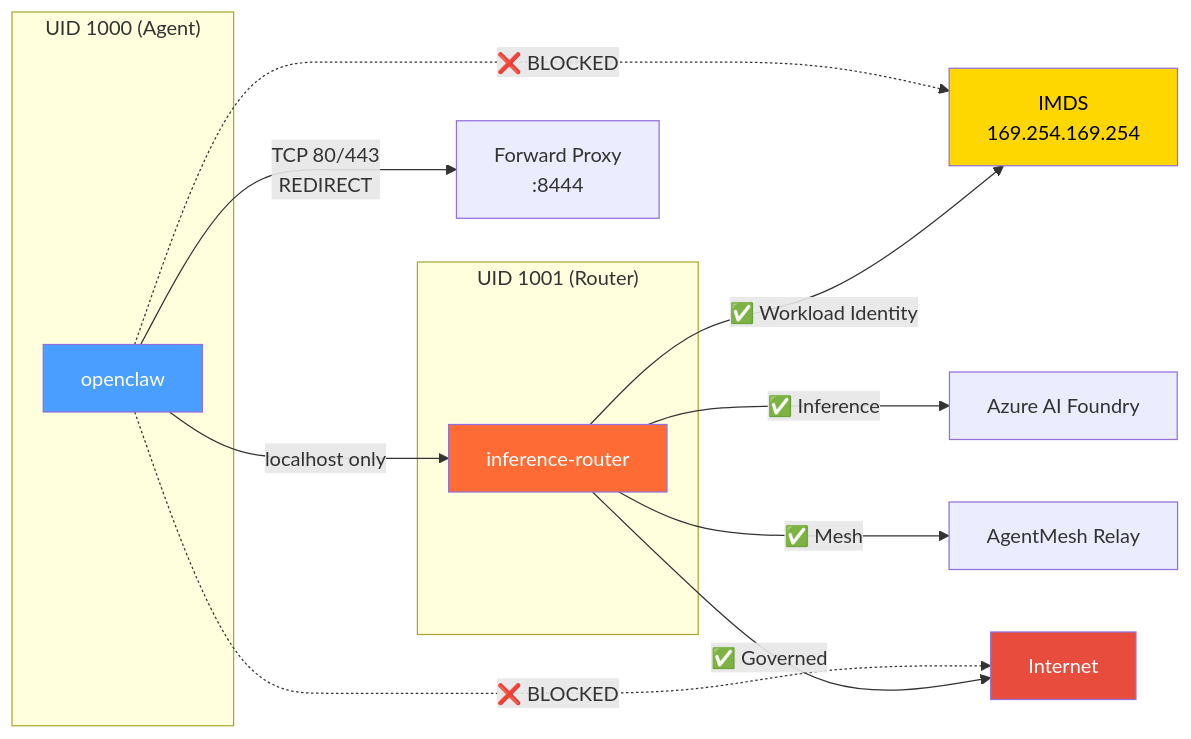
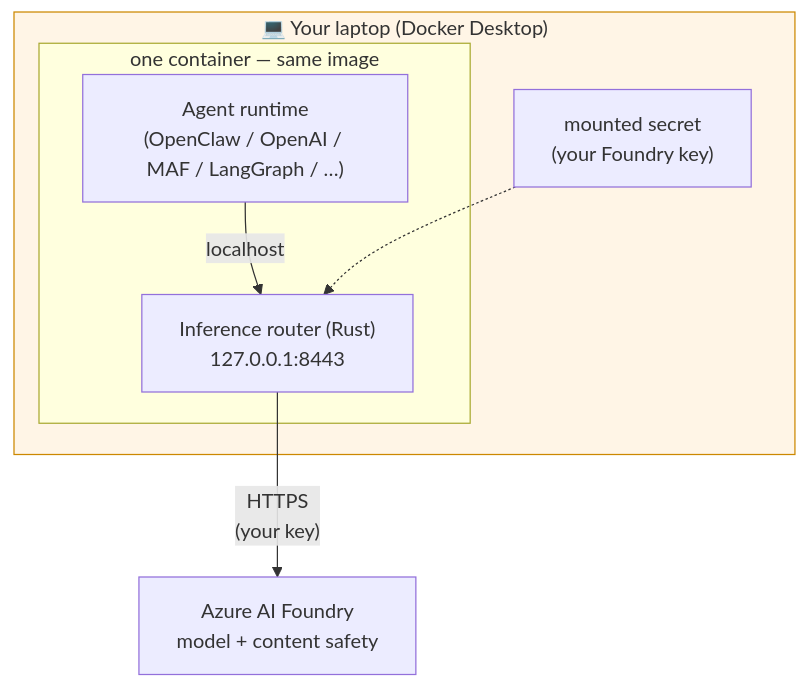
One commit to Azure/kars changed the first of 9 diagrams in docs/architecture-diagrams.md. Above: the diagram before and after it, drawn with Mermaid. The commit also changed other lines of this file and 1 other file, not shown here.

First line of the commit message:
docs(revamp-C): rewrite architecture.md and architecture-diagrams.md

````diff
--- a/docs/architecture-diagrams.md
+++ b/docs/architecture-diagrams.md
@@ -62,25 +13,18 @@
 ```mermaid
-graph LR
-    subgraph "UID 1000 (Agent)"
-        A[openclaw]
+flowchart TB
+  subgraph Laptop["💻 Your laptop (Docker Desktop)"]
+    subgraph Sandbox["one container — same image"]
+      Agent["Agent runtime<br/>(OpenClaw / OpenAI / MAF / LangGraph / …)"]
+      Router["Inference router (Rust)<br/>127.0.0.1:8443"]
+      Agent -->|localhost| Router
     end
+    Secret["mounted secret<br/>(your Foundry key)"]
+    Secret -.-> Router
+  end
 
-    subgraph "UID 1001 (Router)"
-        R[inference-router]
-    end
+  Foundry["Azure AI Foundry<br/>model + content safety"]
+  Router -->|"HTTPS<br/>(your key)"| Foundry
 
-    A -->|"localhost only"| R
-    A -.->|"❌ BLOCKED"| IMDS["IMDS<br/>169.254.169.254"]
-    A -.->|"❌ BLOCKED"| Internet["Internet"]
-    A -->|"TCP 80/443<br/>REDIRECT"| FP["Forward Proxy<br/>:8444"]
-
-    R -->|"✅ Workload Identity"| IMDS
-    R -->|"✅ Inference"| Foundry["Azure AI Foundry"]
-    R -->|"✅ Mesh"| Relay["AgentMesh Relay"]
-    R -->|"✅ Governed"| Internet
-
-    style A fill:#4a9eff,color:#fff
-    style R fill:#ff6b35,color:#fff
-    style IMDS fill:#ffd700,color:#000
-    style Internet fill:#e74c3c,color:#fff
+  classDef laptop fill:#fff5e6,stroke:#cc8800
+  class Laptop laptop
 ```
````
